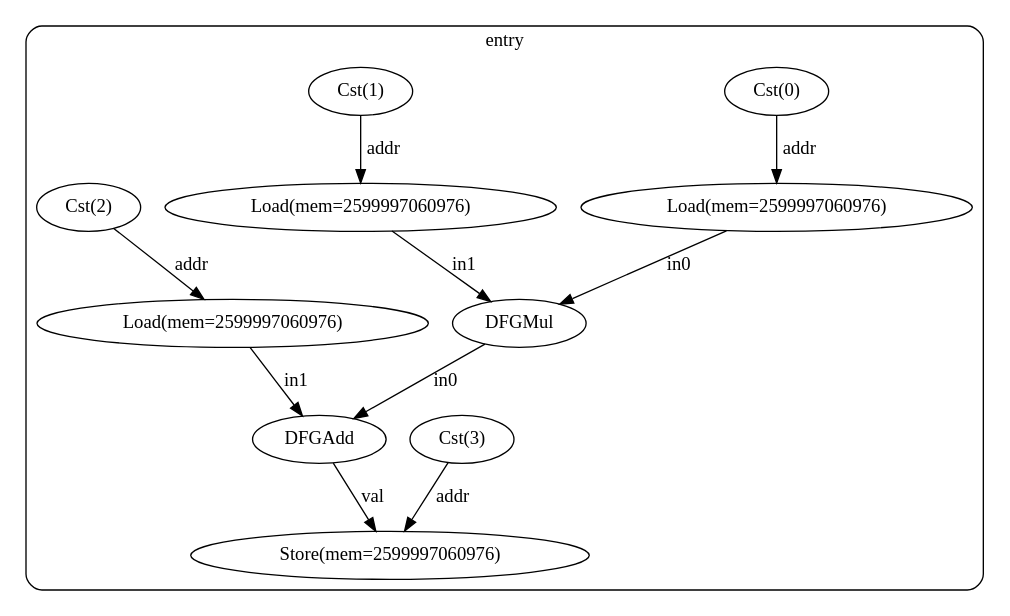
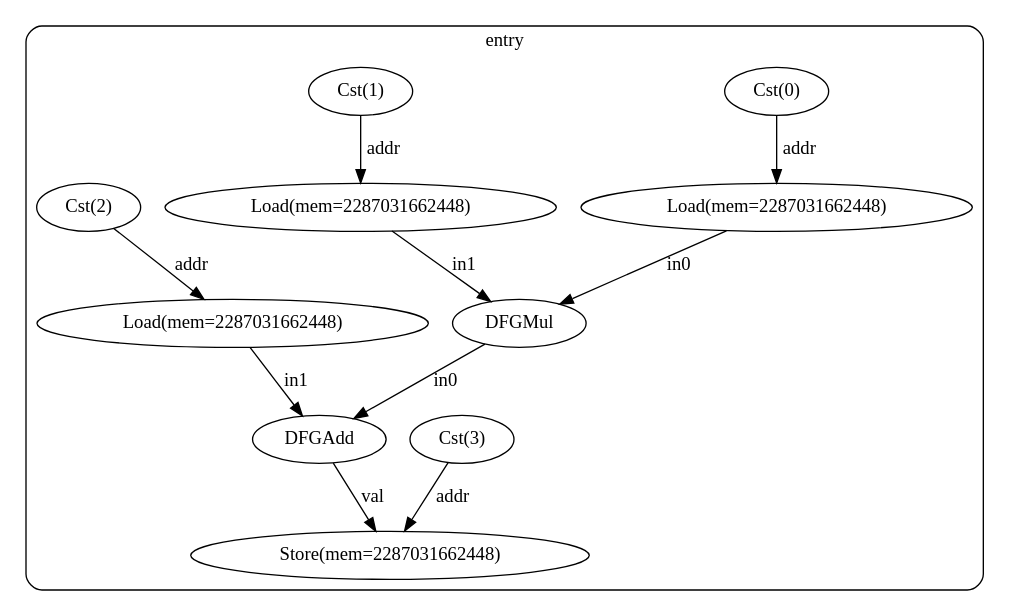
The diagram in test00/cfg_with_dfg.dot (ma-carrillo/High-level-synthesis-assignment), drawn with Graphviz before and after one commit. The commit also changed 18 other files, not shown here.

```diff
--- a/test00/cfg_with_dfg.dot
+++ b/test00/cfg_with_dfg.dot
@@ -1,26 +1,26 @@
 digraph "cfg" {
   compound=true;
   subgraph "cluster_bb0" {
     label="entry";
     style=rounded;
     bb0_n0 [label="Cst(3)"];
     bb0_n1 [label="Cst(0)"];
-    bb0_n2 [label="Load(mem=2599997060976)"];
+    bb0_n2 [label="Load(mem=2287031662448)"];
     bb0_n3 [label="Cst(1)"];
-    bb0_n4 [label="Load(mem=2599997060976)"];
+    bb0_n4 [label="Load(mem=2287031662448)"];
     bb0_n5 [label="DFGMul"];
     bb0_n6 [label="Cst(2)"];
-    bb0_n7 [label="Load(mem=2599997060976)"];
+    bb0_n7 [label="Load(mem=2287031662448)"];
     bb0_n8 [label="DFGAdd"];
-    bb0_n9 [label="Store(mem=2599997060976)"];
+    bb0_n9 [label="Store(mem=2287031662448)"];
     bb0_n0 -> bb0_n9 [label="addr"];
     bb0_n1 -> bb0_n2 [label="addr"];
     bb0_n2 -> bb0_n5 [label="in0"];
     bb0_n3 -> bb0_n4 [label="addr"];
     bb0_n4 -> bb0_n5 [label="in1"];
     bb0_n5 -> bb0_n8 [label="in0"];
     bb0_n6 -> bb0_n7 [label="addr"];
     bb0_n7 -> bb0_n8 [label="in1"];
     bb0_n8 -> bb0_n9 [label="val"];
   }
 }
```
